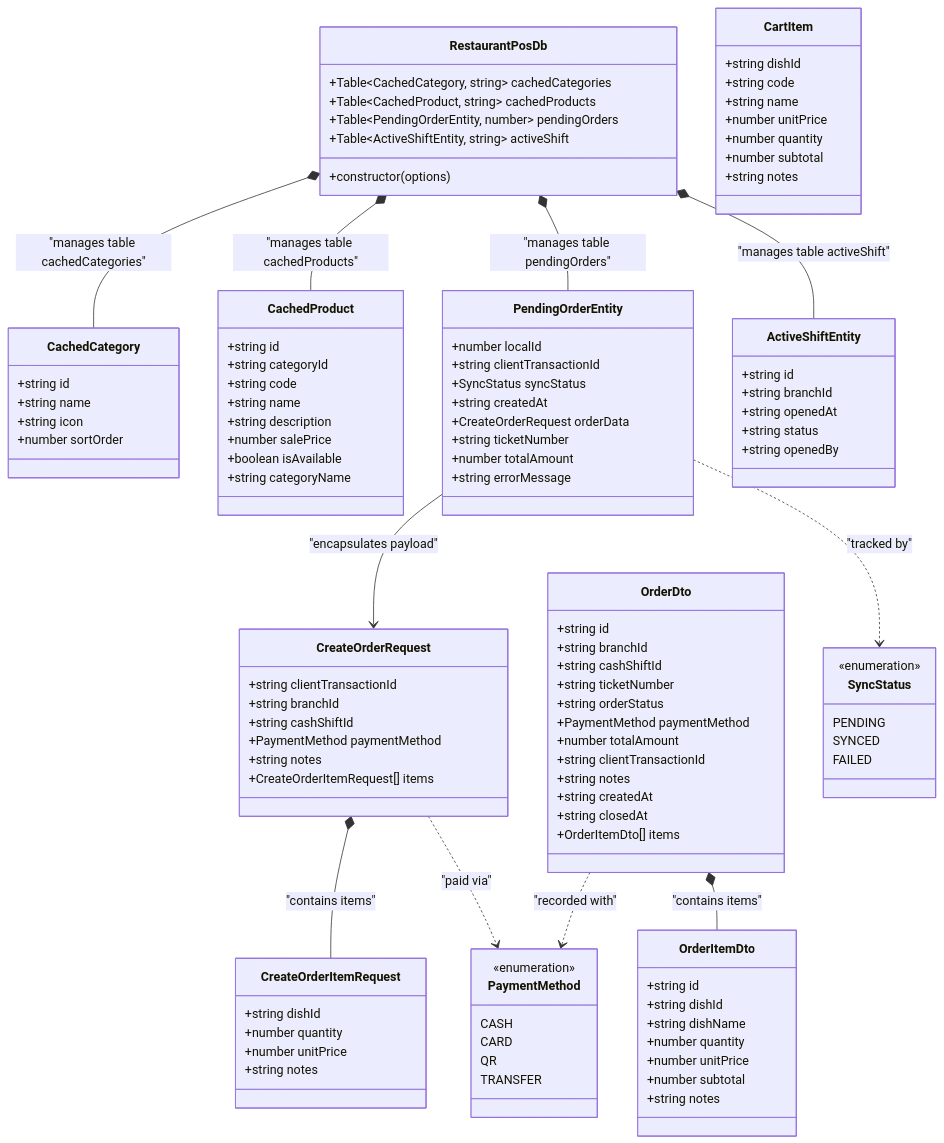
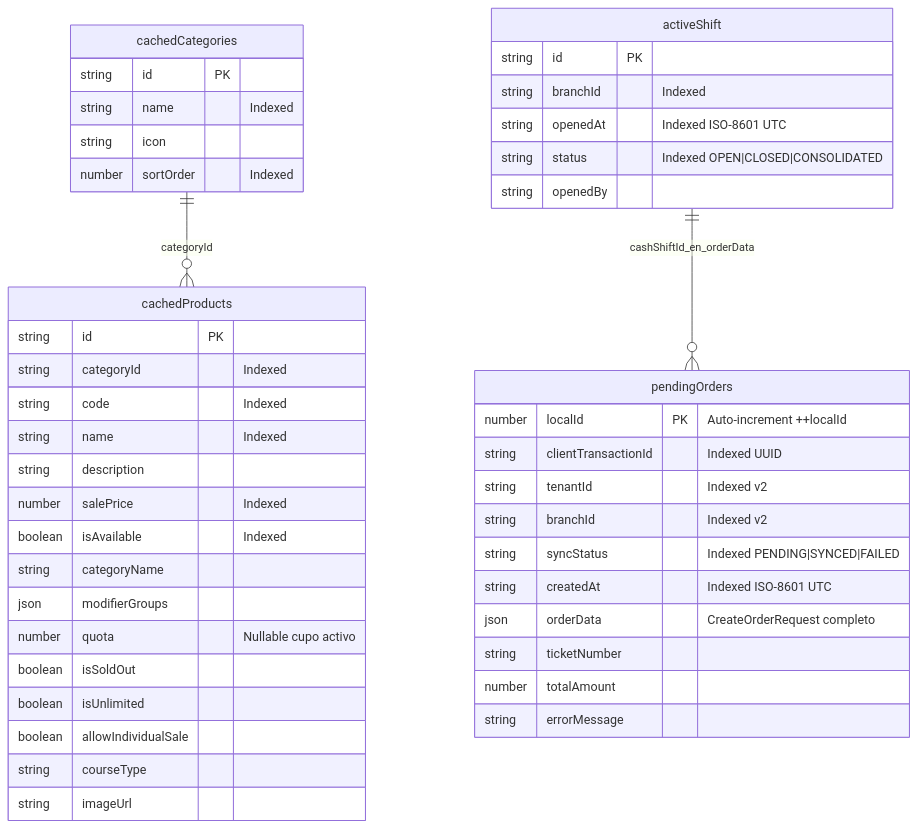
One commit to vakajose/gestion-restaurante changed the diagram in docs/project/architecture/02-domain-and-data/dexie_local_schema.md. Above: the diagram before and after it, drawn with Mermaid. The commit also changed other lines of this file and 156 other files, not shown here.

First line of the commit message:
docs(sdd,obsidian,manuals,qa): complete TASK-613 documentation audit, client guides, ADR-0030..0033 and backlog sync

````diff
--- a/docs/project/architecture/02-domain-and-data/dexie_local_schema.md
+++ b/docs/project/architecture/02-domain-and-data/dexie_local_schema.md
@@ -41,130 +18,51 @@
 ```mermaid
-classDiagram
-    %% Clase Principal de la Base de Datos Local
-    class RestaurantPosDb {
-        +Table~CachedCategory, string~ cachedCategories
-        +Table~CachedProduct, string~ cachedProducts
-        +Table~PendingOrderEntity, number~ pendingOrders
-        +Table~ActiveShiftEntity, string~ activeShift
-        +constructor(options)
+erDiagram
+    cachedCategories ||--o{ cachedProducts : "categoryId"
+    activeShift ||--o{ pendingOrders : "cashShiftId_en_orderData"
+
+    cachedCategories {
+        string id PK
+        string name "Indexed"
+        string icon
+        number sortOrder "Indexed"
     }
 
-    %% Tablas Locales Tipadas
-    class CachedCategory {
-        +string id
-        +string name
-        +string icon
-        +number sortOrder
+    cachedProducts {
+        string id PK
+        string categoryId "Indexed"
+        string code "Indexed"
+        string name "Indexed"
+        string description
+        number salePrice "Indexed"
+        boolean isAvailable "Indexed"
+        string categoryName
+        json modifierGroups
+        number quota "Nullable cupo activo"
+        boolean isSoldOut
+        boolean isUnlimited
+        boolean allowIndividualSale
+        string courseType
+        string imageUrl
     }
 
-    class CachedProduct {
-        +string id
-        +string categoryId
-        +string code
-        +string name
-        +string description
-        +number salePrice
-        +boolean isAvailable
-        +string categoryName
+    pendingOrders {
+        number localId PK "Auto-increment ++localId"
+        string clientTransactionId "Indexed UUID"
+        string tenantId "Indexed v2"
+        string branchId "Indexed v2"
+        string syncStatus "Indexed PENDING|SYNCED|FAILED"
+        string createdAt "Indexed ISO-8601 UTC"
+        json orderData "CreateOrderRequest completo"
+        string ticketNumber
+        number totalAmount
+        string errorMessage
     }
 
-    class PendingOrderEntity {
-        +number localId
-        +string clientTransactionId
-        +SyncStatus syncStatus
-        +string createdAt
-        +CreateOrderRequest orderData
-        +string ticketNumber
-        +number totalAmount
-        +string errorMessage
+    activeShift {
+        string id PK
+        string branchId "Indexed"
+        string openedAt "Indexed ISO-8601 UTC"
+        string status "Indexed OPEN|CLOSED|CONSOLIDATED"
+        string openedBy
     }
-
-    class ActiveShiftEntity {
-        +string id
-        +string branchId
-        +string openedAt
-        +string status
-        +string openedBy
-    }
-
-    %% Interfaces de Petición y DTOs de POS
-    class CreateOrderRequest {
-        +string clientTransactionId
-        +string branchId
-        +string cashShiftId
-        +PaymentMethod paymentMethod
-        +string notes
-        +CreateOrderItemRequest[] items
-    }
-
-    class CreateOrderItemRequest {
-        +string dishId
-        +number quantity
-        +number unitPrice
-        +string notes
-    }
-
-    class CartItem {
-        +string dishId
-        +string code
-        +string name
-        +number unitPrice
-        +number quantity
-        +number subtotal
-        +string notes
-    }
-
-    class OrderDto {
-        +string id
-        +string branchId
-        +string cashShiftId
-        +string ticketNumber
-        +string orderStatus
-        +PaymentMethod paymentMethod
-        +number totalAmount
-        +string clientTransactionId
-        +string notes
-        +string createdAt
-        +string closedAt
-        +OrderItemDto[] items
-    }
-
-    class OrderItemDto {
-        +string id
-        +string dishId
-        +string dishName
-        +number quantity
-        +number unitPrice
-        +number subtotal
-        +string notes
-    }
-
-    %% Enums Locales
-    class SyncStatus {
-        <<enumeration>>
-        PENDING
-        SYNCED
-        FAILED
-    }
-
-    class PaymentMethod {
-        <<enumeration>>
-        CASH
-        CARD
-        QR
-        TRANSFER
-    }
-
-    %% Relaciones Estructurales
-    RestaurantPosDb *-- CachedCategory : "manages table cachedCategories"
-    RestaurantPosDb *-- CachedProduct : "manages table cachedProducts"
-    RestaurantPosDb *-- PendingOrderEntity : "manages table pendingOrders"
-    RestaurantPosDb *-- ActiveShiftEntity : "manages table activeShift"
-
-    PendingOrderEntity --> CreateOrderRequest : "encapsulates payload"
-    CreateOrderRequest *-- CreateOrderItemRequest : "contains items"
-    PendingOrderEntity ..> SyncStatus : "tracked by"
-    CreateOrderRequest ..> PaymentMethod : "paid via"
-    OrderDto *-- OrderItemDto : "contains items"
-    OrderDto ..> PaymentMethod : "recorded with"
 ```
````
